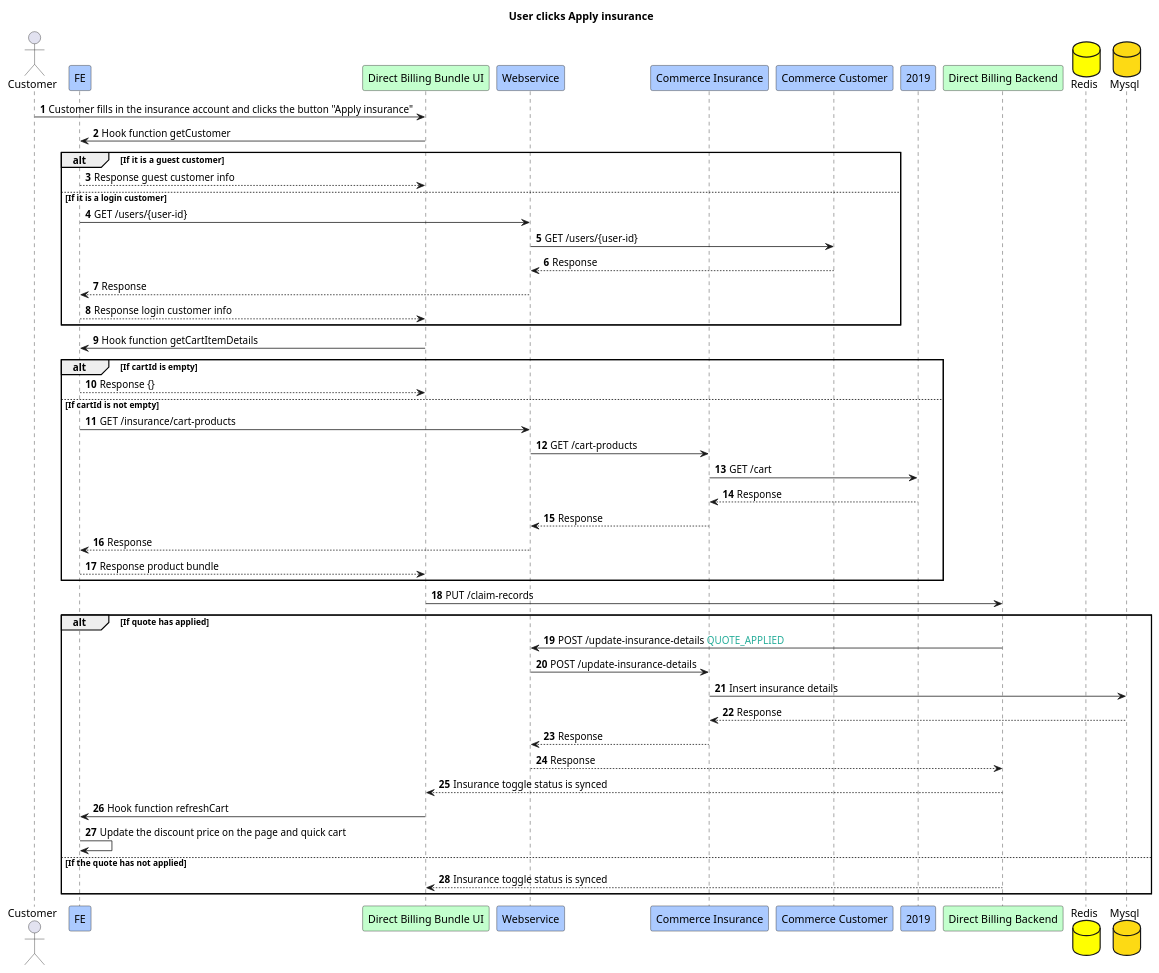
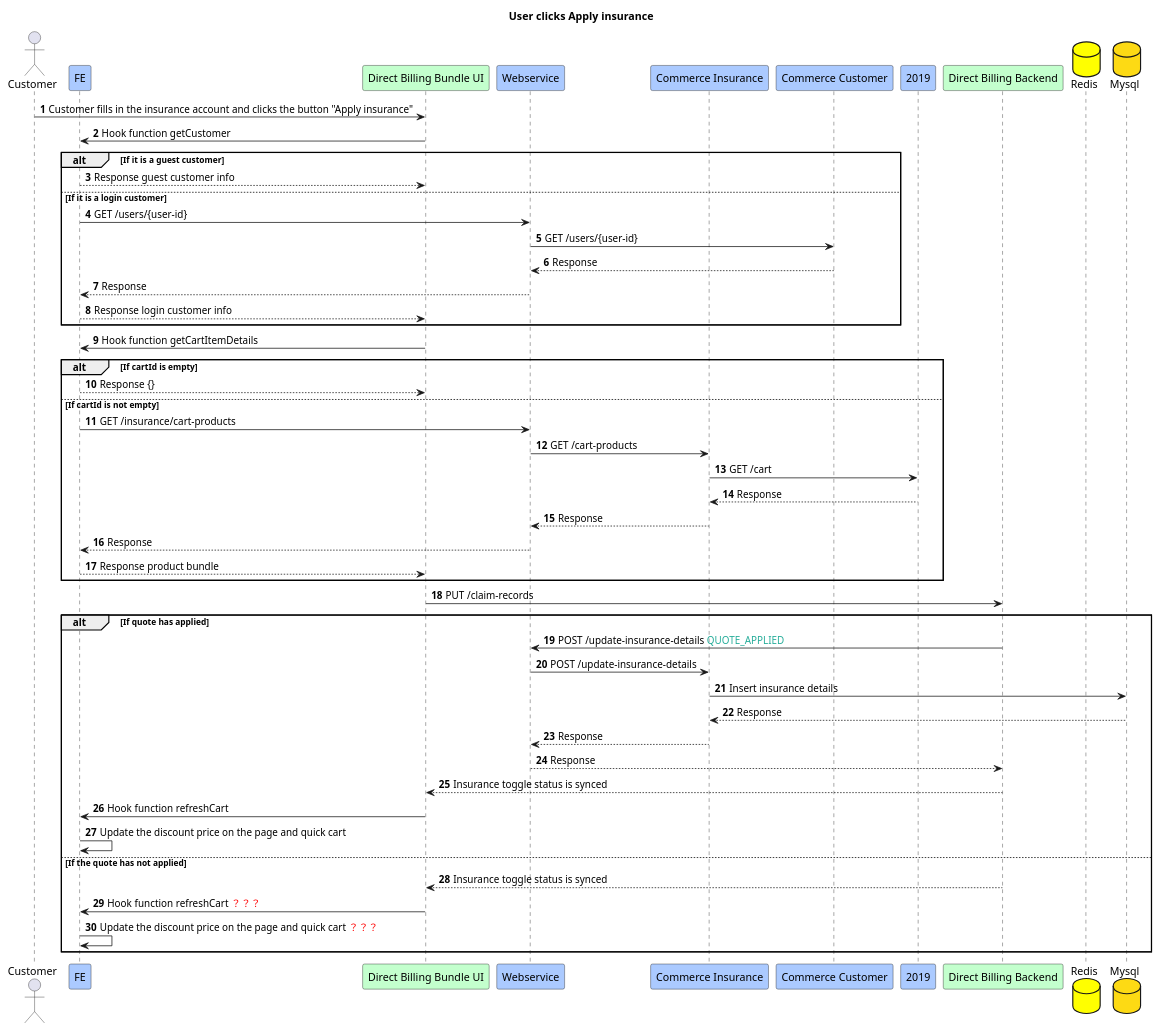
One commit to Jayounger/EyeMed-Sequence-Diagram changed the diagram in 2.Customer clicks Apply insurance in cart page.puml. Above: the diagram before and after it, drawn with PlantUML. The commit also changed 32 other files, not shown here.

```diff
--- a/2.Customer clicks Apply insurance in cart page.puml
+++ b/2.Customer clicks Apply insurance in cart page.puml
@@ -1,56 +1,58 @@
 @startuml
 title User clicks Apply insurance
 actor Customer
 participant FE #abcaff
 participant "Direct Billing Bundle UI" #c3ffcd
 participant "Webservice" #abcaff
 participant "Commerce Insurance" #abcaff
 participant "Commerce Customer" #abcaff
 participant "2019" #abcaff
 participant "Direct Billing Backend" #c3ffcd
 database "Redis" #yellow
 database "Mysql" #fdda14
 
 autonumber
 Customer -> "Direct Billing Bundle UI":Customer fills in the insurance account and clicks the button "Apply insurance"
 "Direct Billing Bundle UI" -> FE:Hook function getCustomer
 
 alt If it is a guest customer
     FE --> "Direct Billing Bundle UI":Response guest customer info
 else If it is a login customer
     FE -> "Webservice":GET /users/{user-id}
     "Webservice" -> "Commerce Customer":GET /users/{user-id}
     "Commerce Customer" --> "Webservice":Response
     "Webservice" --> FE:Response
     FE --> "Direct Billing Bundle UI":Response login customer info
 end
 
 "Direct Billing Bundle UI" -> FE:Hook function getCartItemDetails
 alt If cartId is empty
     FE --> "Direct Billing Bundle UI":Response {}
 else If cartId is not empty
     FE -> "Webservice":GET /insurance/cart-products
     "Webservice" -> "Commerce Insurance":GET /cart-products
     "Commerce Insurance" -> 2019:GET /cart
     2019 --> "Commerce Insurance":Response
     "Commerce Insurance" --> "Webservice":Response
     "Webservice" --> FE:Response
     FE --> "Direct Billing Bundle UI":Response product bundle
 end
 
 "Direct Billing Bundle UI" -> "Direct Billing Backend": PUT /claim-records
 
 alt If quote has applied
     "Direct Billing Backend" -> "Webservice":POST /update-insurance-details <font color=#27ad9a>QUOTE_APPLIED
     "Webservice" -> "Commerce Insurance":POST /update-insurance-details
     "Commerce Insurance" -> "Mysql":Insert insurance details
     "Mysql" --> "Commerce Insurance":Response
     "Commerce Insurance" --> "Webservice":Response
     "Webservice" --> "Direct Billing Backend":Response
     "Direct Billing Backend" --> "Direct Billing Bundle UI":Insurance toggle status is synced
     "Direct Billing Bundle UI" -> FE:Hook function refreshCart
     FE -> FE:Update the discount price on the page and quick cart
 else If the quote has not applied
     "Direct Billing Backend" --> "Direct Billing Bundle UI":Insurance toggle status is synced
+    "Direct Billing Bundle UI" -> FE:Hook function refreshCart <font color=red>？？？
+    FE -> FE:Update the discount price on the page and quick cart <font color=red>？？？
 end
 @enduml
```
